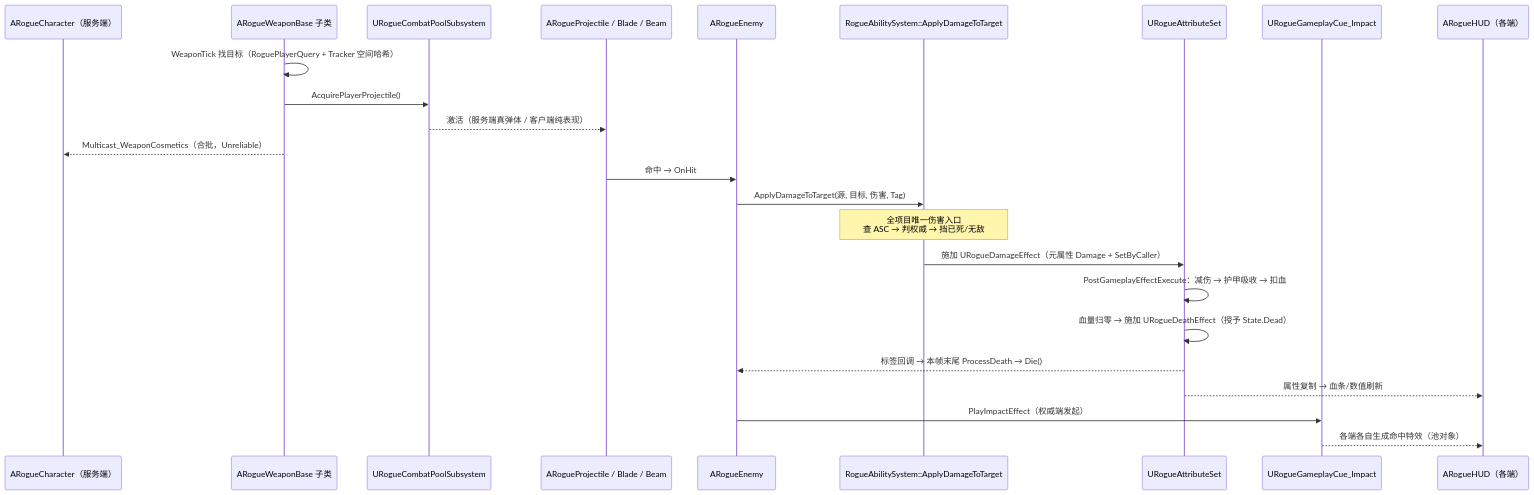
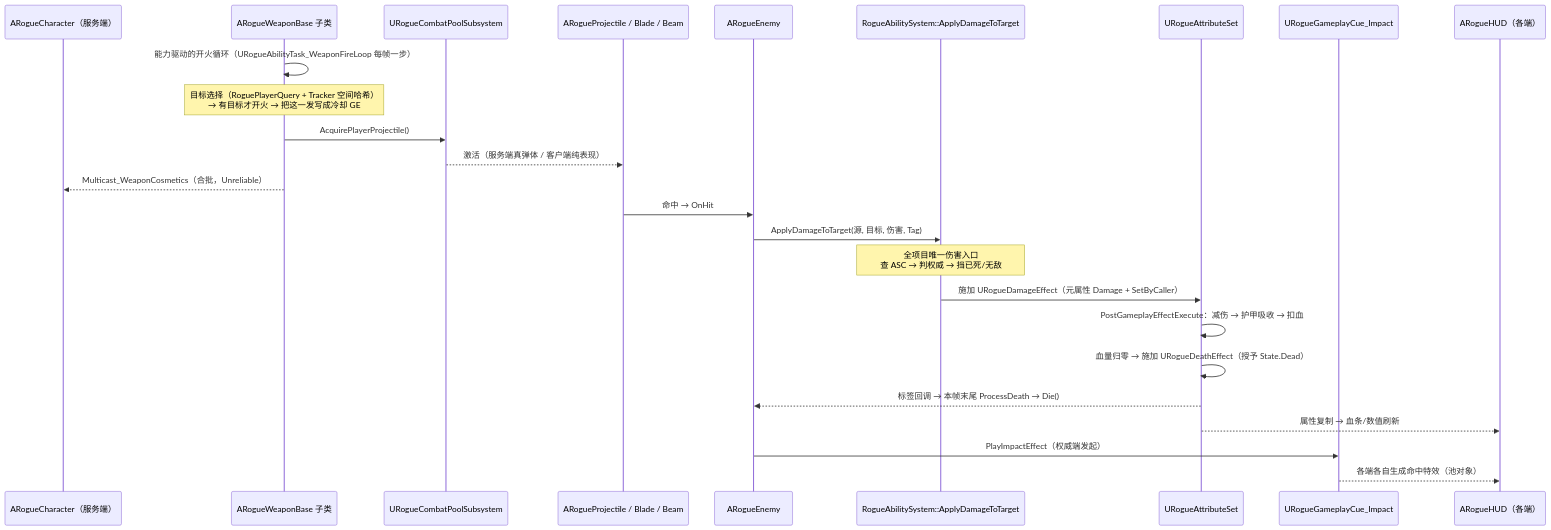
The fourth of 6 diagrams in Docs/Project-Structure.md (Elysiasloverly/AI-), drawn with Mermaid before and after one commit. The commit also changed other lines of this file and 13 other files, not shown here.

````diff
--- a/Docs/Project-Structure.md
+++ b/Docs/Project-Structure.md
@@ -232,27 +253,28 @@
 ```mermaid
 sequenceDiagram
     participant C as ARogueCharacter（服务端）
     participant W as ARogueWeaponBase 子类
     participant Pool as URogueCombatPoolSubsystem
     participant P as ARogueProjectile / Blade / Beam
     participant E as ARogueEnemy
     participant L as RogueAbilitySystem::ApplyDamageToTarget
     participant AS as URogueAttributeSet
     participant Cue as URogueGameplayCue_Impact
     participant HUD as ARogueHUD（各端）
 
-    W->>W: WeaponTick 找目标（RoguePlayerQuery + Tracker 空间哈希）
+    W->>W: 能力驱动的开火循环（URogueAbilityTask_WeaponFireLoop 每帧一步）
+    Note over W: 目标选择（RoguePlayerQuery + Tracker 空间哈希）<br/>→ 有目标才开火 → 把这一发写成冷却 GE
     W->>Pool: AcquirePlayerProjectile()
     Pool-->>P: 激活（服务端真弹体 / 客户端纯表现）
     W-->>C: Multicast_WeaponCosmetics（合批，Unreliable）
     P->>E: 命中 → OnHit
     E->>L: ApplyDamageToTarget(源, 目标, 伤害, Tag)
     Note over L: 全项目唯一伤害入口<br/>查 ASC → 判权威 → 挡已死/无敌
     L->>AS: 施加 URogueDamageEffect（元属性 Damage + SetByCaller）
     AS->>AS: PostGameplayEffectExecute：减伤 → 护甲吸收 → 扣血
     AS->>AS: 血量归零 → 施加 URogueDeathEffect（授予 State.Dead）
     AS-->>E: 标签回调 → 本帧末尾 ProcessDeath → Die()
     AS-->>HUD: 属性复制 → 血条/数值刷新
     E->>Cue: PlayImpactEffect（权威端发起）
     Cue-->>HUD: 各端各自生成命中特效（池对象）
 ```
````
